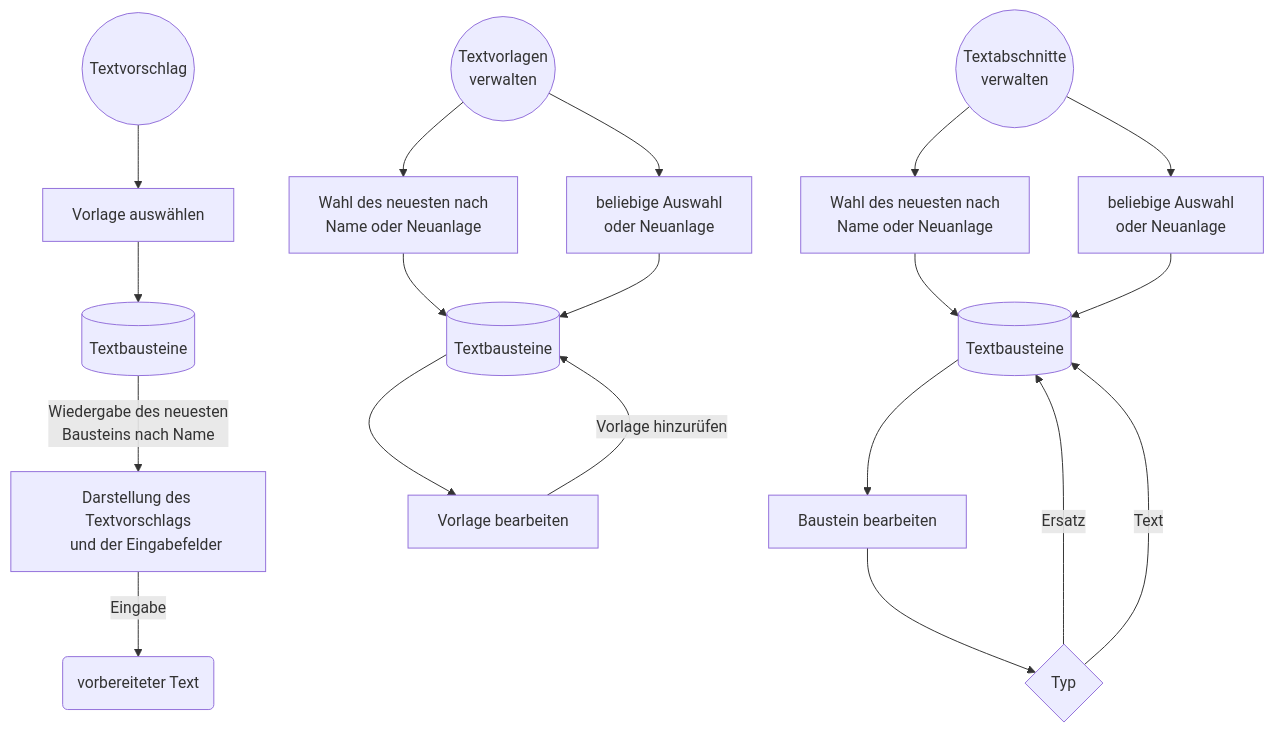
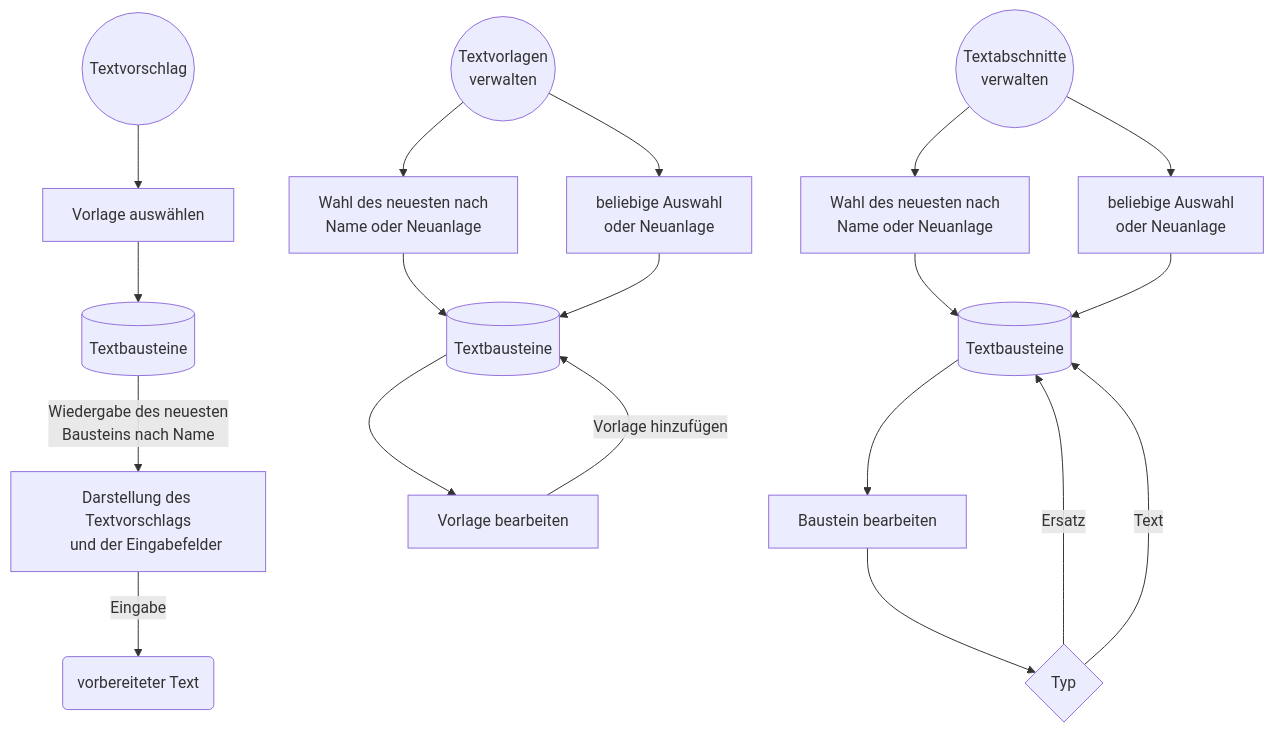
Before and after one commit to erroronline1/caro: the second of 7 diagrams in readme.de.md, drawn with Mermaid.

````diff
--- a/readme.de.md
+++ b/readme.de.md
@@ -370,31 +370,31 @@
 ```mermaid
 graph TD;
     textrecommendation(("Textvorschlag")) -->select[Vorlage auswählen];
     select -->chunks[(Textbausteine)];
     chunks-->|"Wiedergabe des neuesten
     Bausteins nach Name"|display["Darstellung des Textvorschlags
     und der Eingabefelder"];
     display -->|Eingabe|render(vorbereiteter Text);
 
     managechunks(("Textabschnitte
     verwalten")) -->select2["Wahl des neuesten nach
     Name oder Neuanlage"];
     managechunks-->select3["beliebige Auswahl
     oder Neuanlage"];
     select2-->chunks2[(Textbausteine)];
     select3-->chunks2;
     chunks2 -->editchunk[Baustein bearbeiten];
     editchunk -->type{Typ};
     type -->|Ersatz|chunks2;
     type -->|Text|chunks2;
     
     managetemplates(("Textvorlagen
     verwalten")) -->select4["Wahl des neuesten nach
     Name oder Neuanlage"];
     managetemplates-->select5["beliebige Auswahl
     oder Neuanlage"];
     select4-->chunks3[(Textbausteine)];
     select5-->chunks3;
     chunks3 -->edittemplate[Vorlage bearbeiten];
-    edittemplate -->|Vorlage hinzurüfen|chunks3;
+    edittemplate -->|Vorlage hinzufügen|chunks3;
 ```
````
